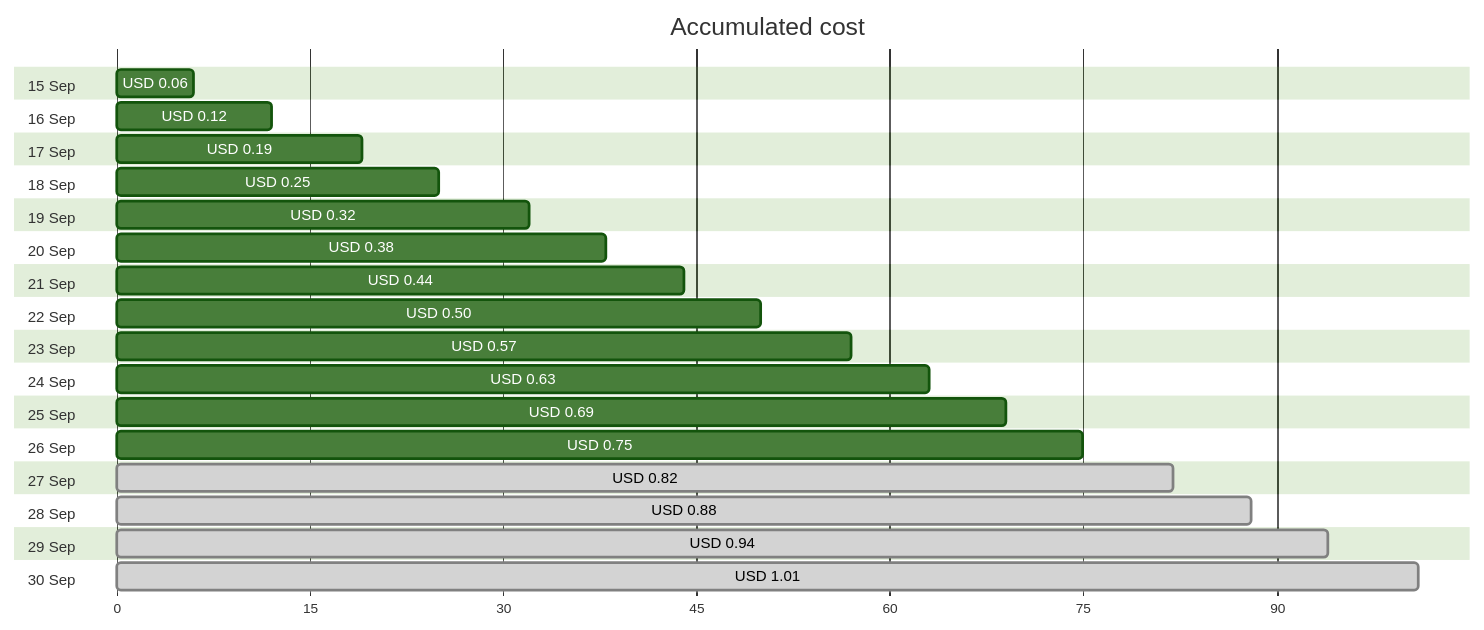
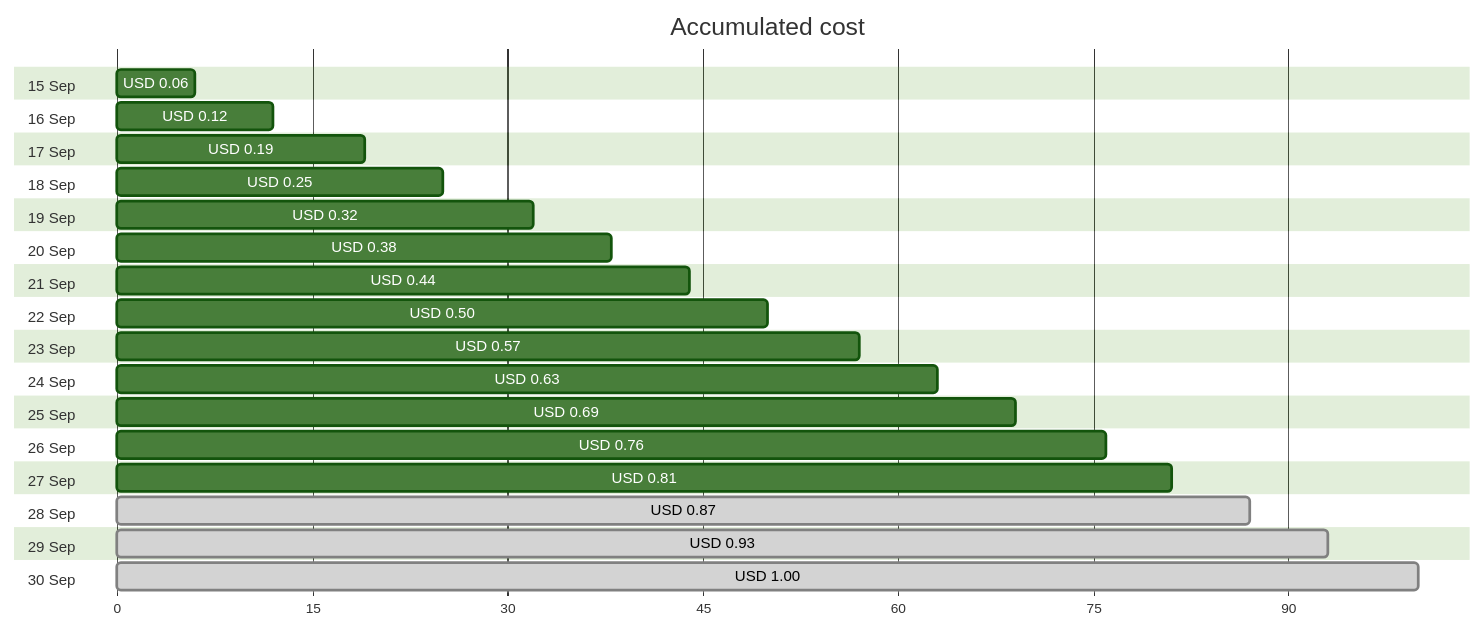
One commit to jpfulton/azure-personal-reports changed the first of 4 diagrams in cost-reports/personal-network/vpn-server_OsDisk.md. Above: the diagram before and after it, drawn with Mermaid (forest theme). The commit also changed other lines of this file and 9 other files, not shown here.

````diff
--- a/cost-reports/personal-network/vpn-server_OsDisk.md
+++ b/cost-reports/personal-network/vpn-server_OsDisk.md
@@ -20,38 +20,38 @@
 ```mermaid
 gantt
    title Accumulated cost
    dateFormat  X
    axisFormat %s
    section 15 Sep
    USD 0.06 :0, 6
    section 16 Sep
    USD 0.12 :0, 12
    section 17 Sep
    USD 0.19 :0, 19
    section 18 Sep
    USD 0.25 :0, 25
    section 19 Sep
    USD 0.32 :0, 32
    section 20 Sep
    USD 0.38 :0, 38
    section 21 Sep
    USD 0.44 :0, 44
    section 22 Sep
    USD 0.50 :0, 50
    section 23 Sep
    USD 0.57 :0, 57
    section 24 Sep
    USD 0.63 :0, 63
    section 25 Sep
    USD 0.69 :0, 69
    section 26 Sep
-   USD 0.75 :0, 75
+   USD 0.76 :0, 76
    section 27 Sep
-   USD 0.82 : done, 0, 82
+   USD 0.81 :0, 81
    section 28 Sep
-   USD 0.88 : done, 0, 88
+   USD 0.87 : done, 0, 87
    section 29 Sep
-   USD 0.94 : done, 0, 94
+   USD 0.93 : done, 0, 93
    section 30 Sep
-   USD 1.01 : done, 0, 101
+   USD 1.00 : done, 0, 100
 ```
````
